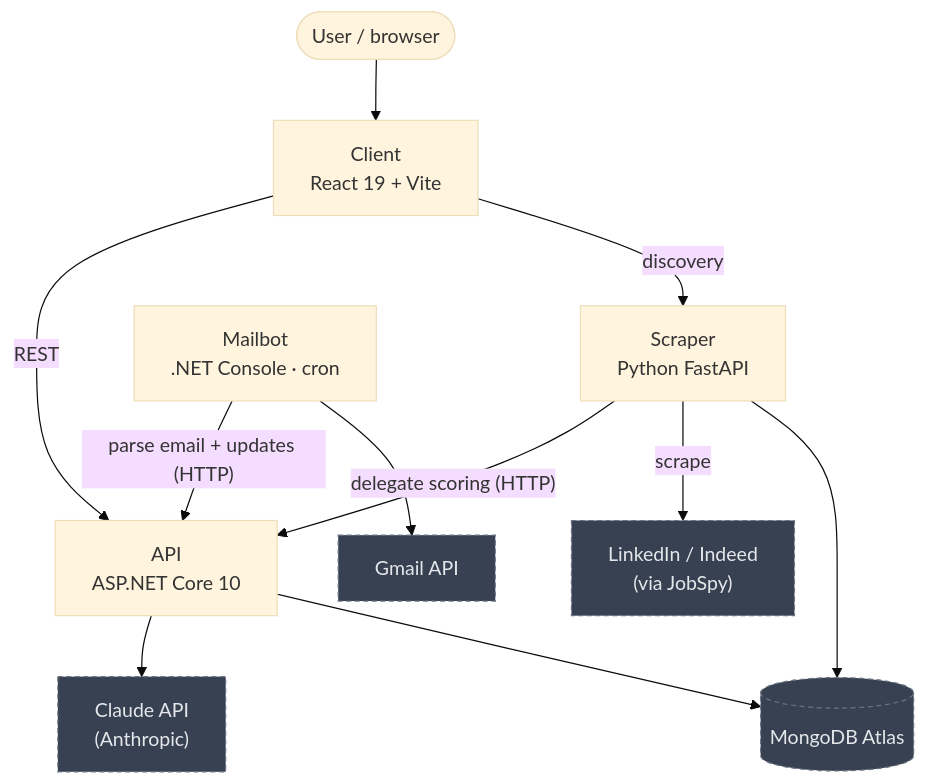
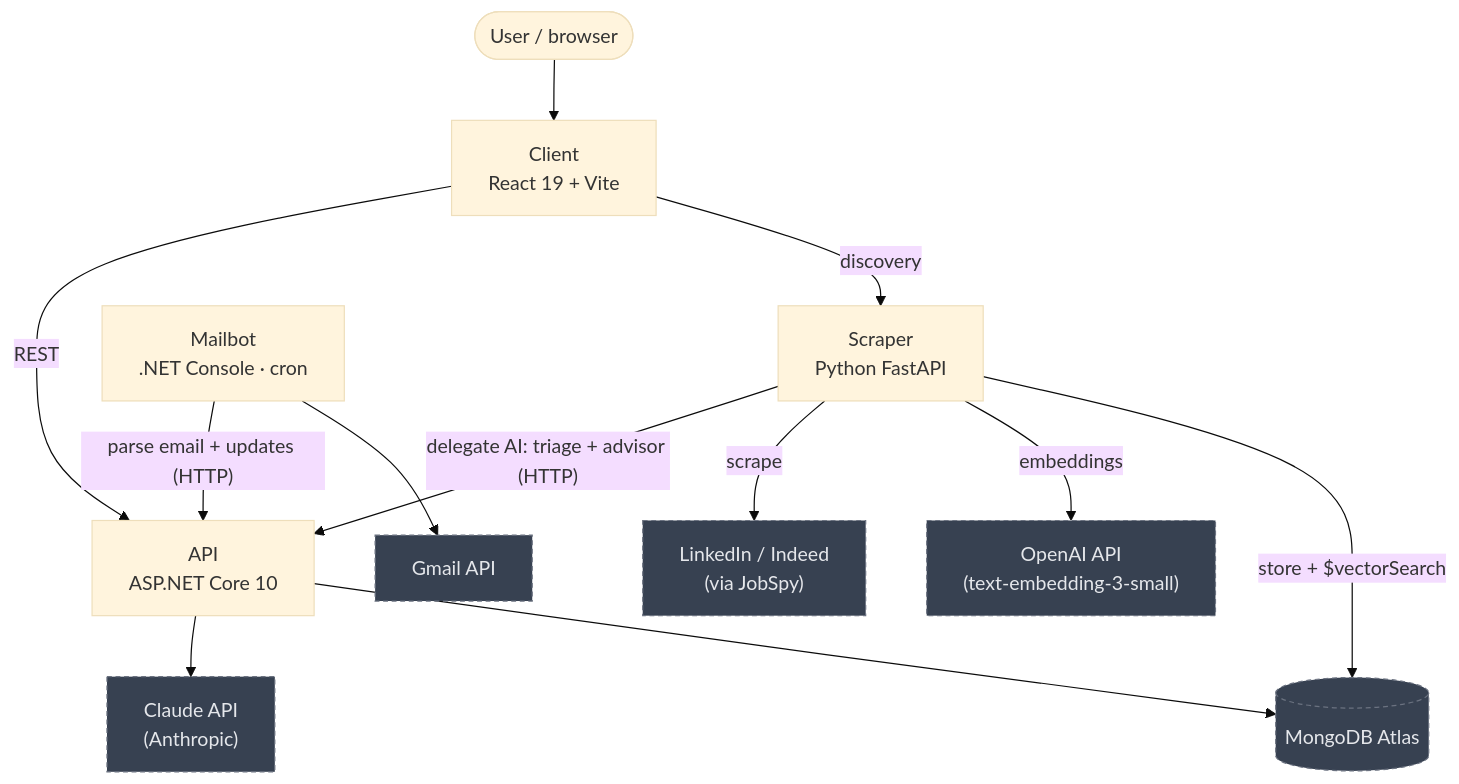
Before and after one commit to ozShpigel/nextrole: the first of 4 diagrams in README.md, drawn with Mermaid (base theme). The commit also changed other lines of this file and 42 other files, not shown here.

````diff
--- a/README.md
+++ b/README.md
@@ -59,29 +59,30 @@
 ```mermaid
 flowchart TD
     user([User / browser])
     client["Client<br/>React 19 + Vite"]
     api["API<br/>ASP.NET Core 10"]
     scraper["Scraper<br/>Python FastAPI"]
     mailbot["Mailbot<br/>.NET Console · cron"]
 
     claude["Claude API<br/>(Anthropic)"]
     mongo[("MongoDB Atlas")]
     boards["LinkedIn / Indeed<br/>(via JobSpy)"]
     gmail["Gmail API"]
 
     user --> client
     client -->|REST| api
     client -->|discovery| scraper
 
-    scraper -->|"delegate scoring (HTTP)"| api
+    scraper -->|"delegate AI: triage + advisor (HTTP)"| api
     scraper -->|scrape| boards
+    scraper -->|embeddings| openai["OpenAI API<br/>(text-embedding-3-small)"]
     mailbot -->|"parse email + updates (HTTP)"| api
 
     api --> claude
     api --> mongo
-    scraper --> mongo
+    scraper -->|"store + $vectorSearch"| mongo
     mailbot --> gmail
 
     classDef ext fill:#374151,stroke:#6b7280,color:#e5e7eb,stroke-dasharray:4 3;
-    class claude,mongo,boards,gmail ext;
+    class claude,mongo,boards,gmail,openai ext;
 ```
````
